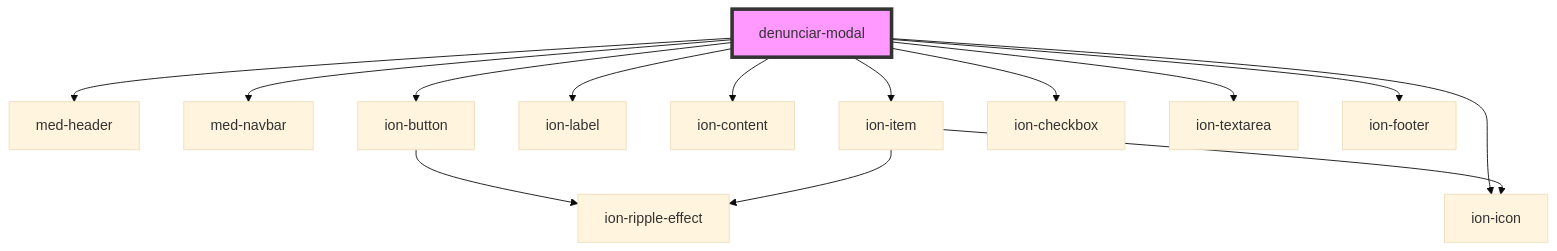
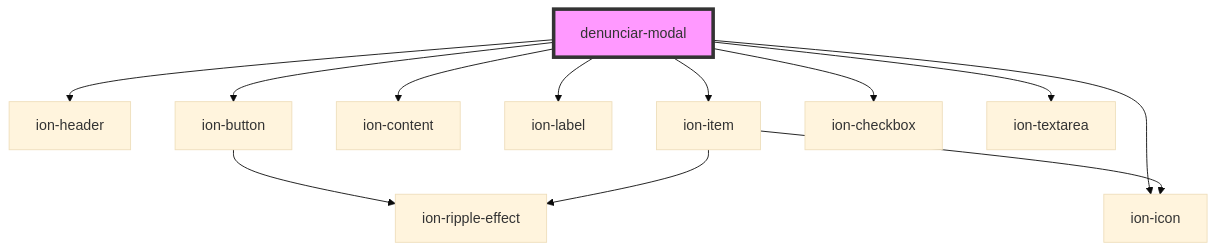
One commit to MEDGRUPOGIT/ionic-framework-1 changed the diagram in core/src/components/@templarios/ionic-1-migracao/duvidas-academicas/denunciar-modal/readme.md. Above: the diagram before and after it, drawn with Mermaid (base theme). The commit also changed other lines of this file and 19 other files, not shown here.

````diff
--- a/core/src/components/@templarios/ionic-1-migracao/duvidas-academicas/denunciar-modal/readme.md
+++ b/core/src/components/@templarios/ionic-1-migracao/duvidas-academicas/denunciar-modal/readme.md
@@ -24,17 +22,15 @@
 ```mermaid
 graph TD;
-  denunciar-modal --> med-header
-  denunciar-modal --> med-navbar
+  denunciar-modal --> ion-header
   denunciar-modal --> ion-button
   denunciar-modal --> ion-icon
+  denunciar-modal --> ion-content
   denunciar-modal --> ion-label
-  denunciar-modal --> ion-content
   denunciar-modal --> ion-item
   denunciar-modal --> ion-checkbox
   denunciar-modal --> ion-textarea
-  denunciar-modal --> ion-footer
   ion-button --> ion-ripple-effect
   ion-item --> ion-icon
   ion-item --> ion-ripple-effect
   style denunciar-modal fill:#f9f,stroke:#333,stroke-width:4px
 ```
````
